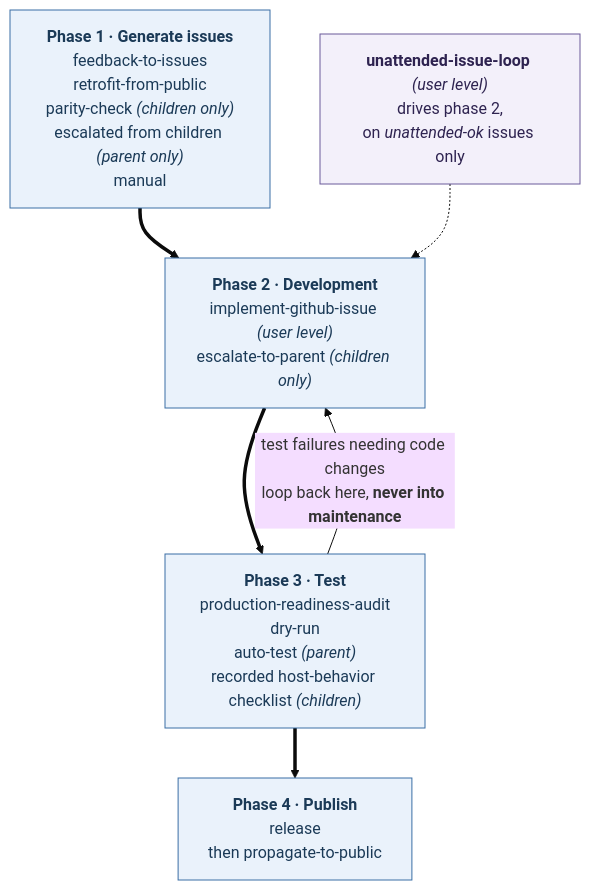
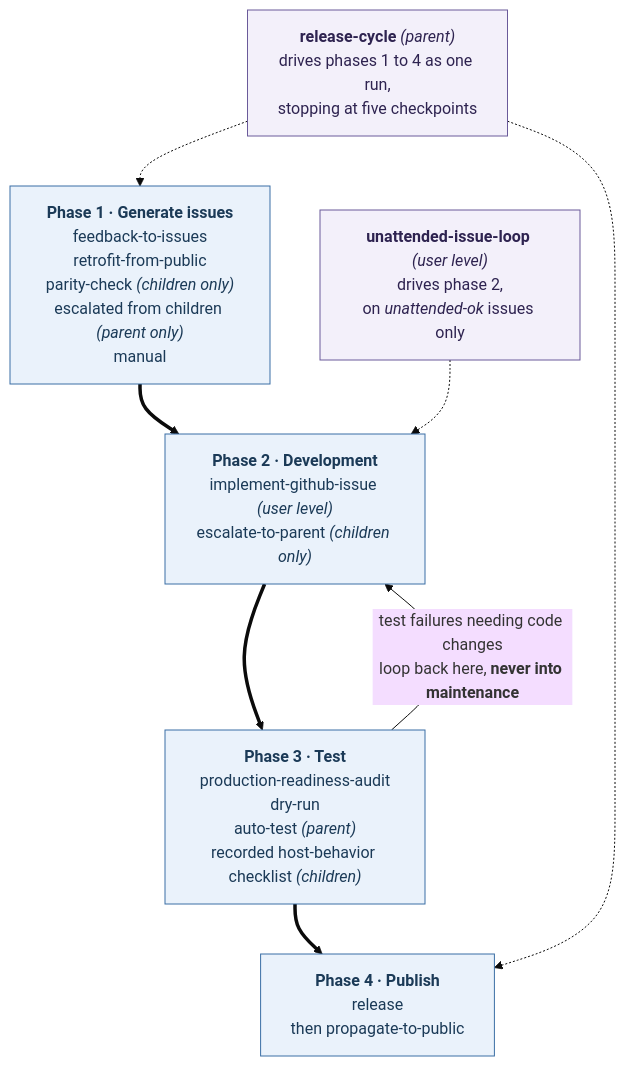
Before and after one commit to docktermj/senzing-bootcamp-claude-plugin-development: the first of 4 diagrams in docs/FAMILY_WORKFLOW.md, drawn with Mermaid (base theme). The commit also changed other lines of this file and 14 other files, not shown here.

First line of the commit message:
feat(release-cycle): run the release cycle with five checkpoints

````diff
--- a/docs/FAMILY_WORKFLOW.md
+++ b/docs/FAMILY_WORKFLOW.md
@@ -89,18 +90,22 @@
 ```mermaid
 flowchart TB
     P1["<b>Phase 1 · Generate issues</b><br/>feedback-to-issues<br/>retrofit-from-public<br/>parity-check <i>(children only)</i><br/>escalated from children <i>(parent only)</i><br/>manual"]
     P2["<b>Phase 2 · Development</b><br/>implement-github-issue <i>(user level)</i><br/>escalate-to-parent <i>(children only)</i>"]
     P3["<b>Phase 3 · Test</b><br/>production-readiness-audit<br/>dry-run<br/>auto-test <i>(parent)</i><br/>recorded host-behavior checklist <i>(children)</i>"]
     P4["<b>Phase 4 · Publish</b><br/>release<br/>then propagate-to-public"]
 
     P1 ==> P2 ==> P3 ==> P4
     P3 -->|"test failures needing code changes<br/>loop back here, <b>never into maintenance</b>"| P2
 
     LOOP["<b>unattended-issue-loop</b> <i>(user level)</i><br/>drives phase 2,<br/>on <i>unattended-ok</i> issues only"]
     LOOP -.-> P2
 
+    CYCLE["<b>release-cycle</b> <i>(parent)</i><br/>drives phases 1 to 4 as one run,<br/>stopping at five checkpoints"]
+    CYCLE -.-> P1
+    CYCLE -.-> P4
+
     classDef phase fill:#eaf2fb,stroke:#3a6ea5,color:#1b3a57
     classDef driver fill:#f3f0fa,stroke:#6a5a9a,color:#2e2350
     class P1,P2,P3,P4 phase
-    class LOOP driver
+    class LOOP,CYCLE driver
 ```
````
